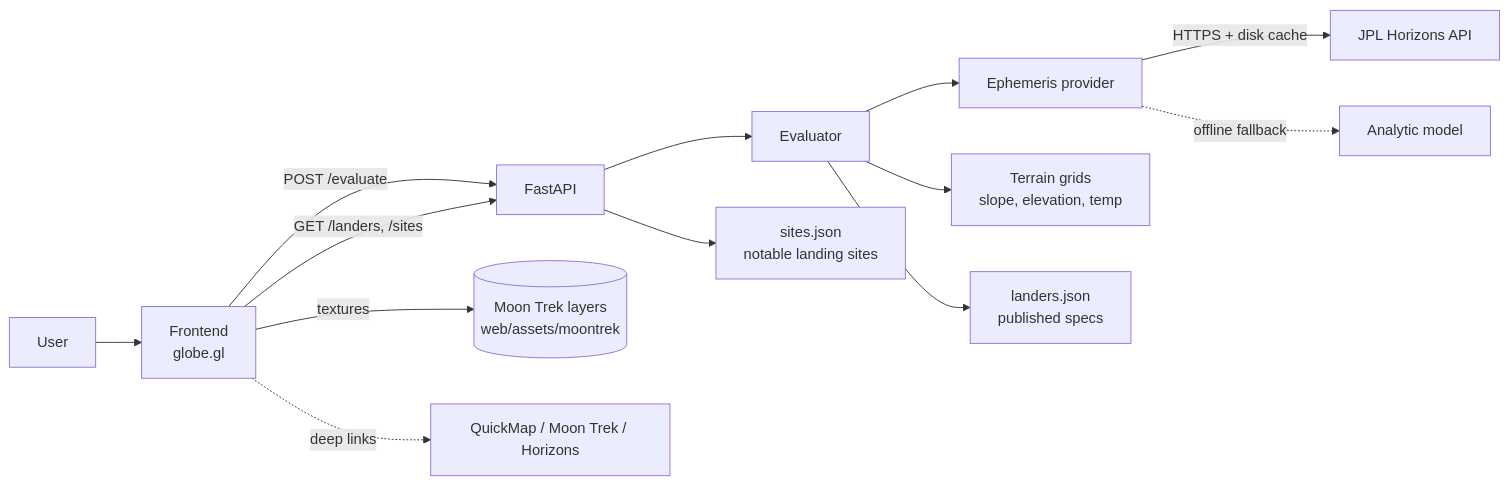
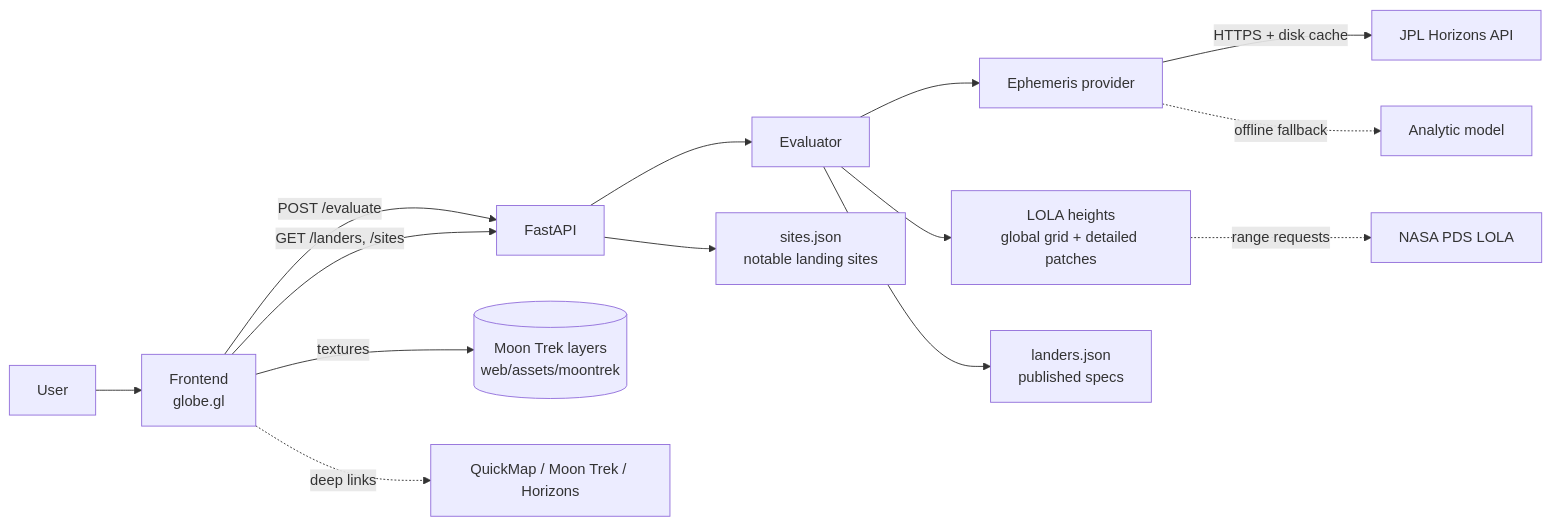
One commit to McCEwan/Lunarcy changed the diagram in docs/ARCHITECTURE.md. Above: the diagram before and after it, drawn with Mermaid. The commit also changed other lines of this file and 22 other files, not shown here.

````diff
--- a/docs/ARCHITECTURE.md
+++ b/docs/ARCHITECTURE.md
@@ -20,15 +21,16 @@
 ```mermaid
 graph LR
     U[User] --> F[Frontend<br/>globe.gl]
     F -- "POST /evaluate" --> B[FastAPI]
     F -- "GET /landers, /sites" --> B
     F -- "textures" --> MT[(Moon Trek layers<br/>web/assets/moontrek)]
     F -. "deep links" .-> EXT[QuickMap / Moon Trek / Horizons]
     B --> E[Evaluator]
     E --> EPH[Ephemeris provider]
     EPH -- "HTTPS + disk cache" --> HZ[JPL Horizons API]
     EPH -. "offline fallback" .-> AN[Analytic model]
-    E --> TER[Terrain grids<br/>slope, elevation, temp]
+    E --> TER[LOLA heights<br/>global grid + detailed patches]
+    TER -. "range requests" .-> PDS[NASA PDS LOLA]
     E --> L[landers.json<br/>published specs]
     B --> S[sites.json<br/>notable landing sites]
 ```
````
